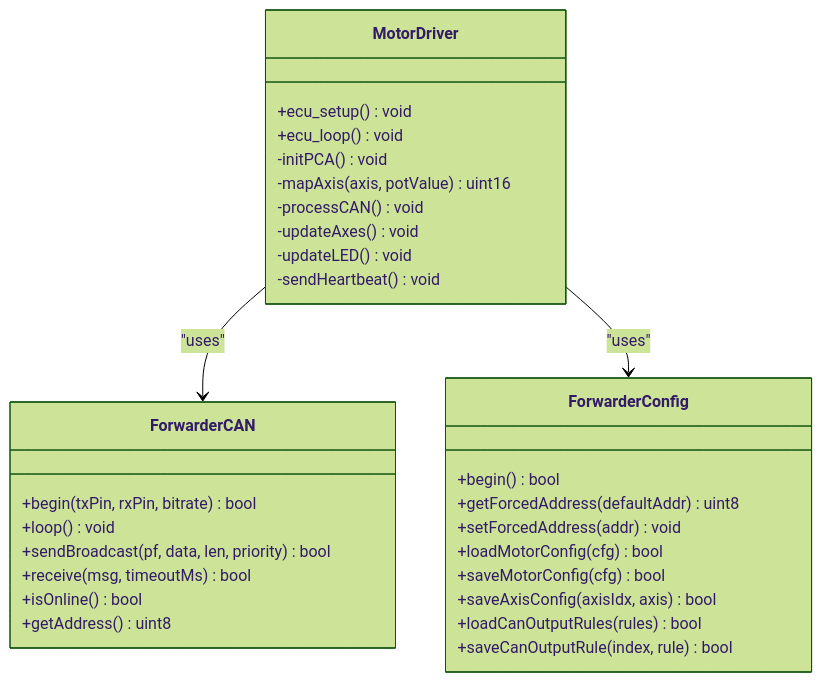
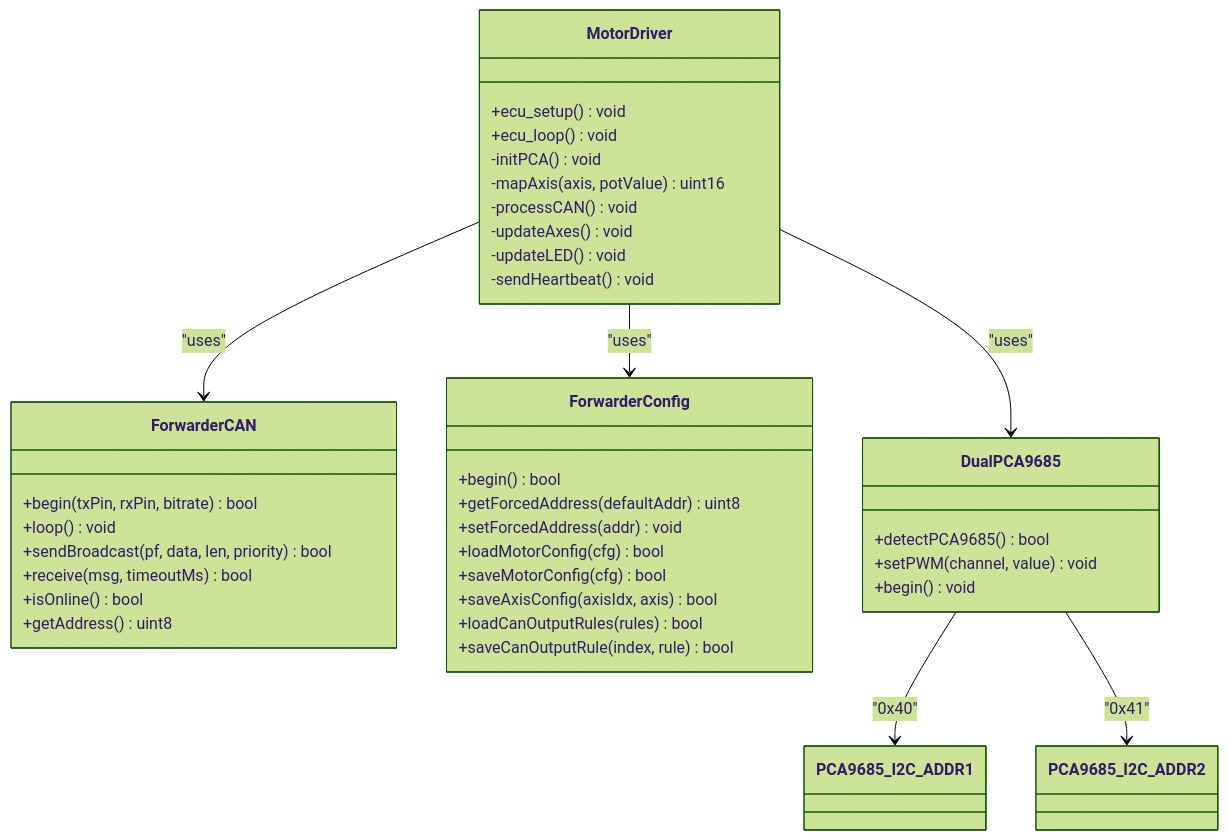
The fourth of 8 diagrams in .qoder/repowiki/en/content/Software Architecture/Build System Configuration.md (gunicsba/ESP_CAN_ECU_joystick_collection), drawn with Mermaid (forest theme) before and after one commit. The commit also changed other lines of this file and 11 other files, not shown here.

````diff
--- a/.qoder/repowiki/en/content/Software Architecture/Build System Configuration.md
+++ b/.qoder/repowiki/en/content/Software Architecture/Build System Configuration.md
@@ -225,33 +278,41 @@
 ```mermaid
 classDiagram
 class ForwarderCAN {
 +begin(txPin, rxPin, bitrate) bool
 +loop() void
 +sendBroadcast(pf, data, len, priority) bool
 +receive(msg, timeoutMs) bool
 +isOnline() bool
 +getAddress() uint8
 }
 class ForwarderConfig {
 +begin() bool
 +getForcedAddress(defaultAddr) uint8
 +setForcedAddress(addr) void
 +loadMotorConfig(cfg) bool
 +saveMotorConfig(cfg) bool
 +saveAxisConfig(axisIdx, axis) bool
 +loadCanOutputRules(rules) bool
 +saveCanOutputRule(index, rule) bool
 }
 class MotorDriver {
 +ecu_setup() void
 +ecu_loop() void
 -initPCA() void
 -mapAxis(axis, potValue) uint16
 -processCAN() void
 -updateAxes() void
 -updateLED() void
 -sendHeartbeat() void
 }
+class DualPCA9685 {
++detectPCA9685() bool
++setPWM(channel, value) void
++begin() void
+}
 MotorDriver --> ForwarderCAN : "uses"
 MotorDriver --> ForwarderConfig : "uses"
+MotorDriver --> DualPCA9685 : "uses"
+DualPCA9685 --> PCA9685_I2C_ADDR1 : "0x40"
+DualPCA9685 --> PCA9685_I2C_ADDR2 : "0x41"
 ```
````
